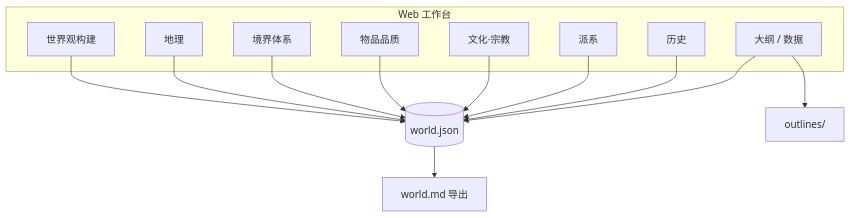
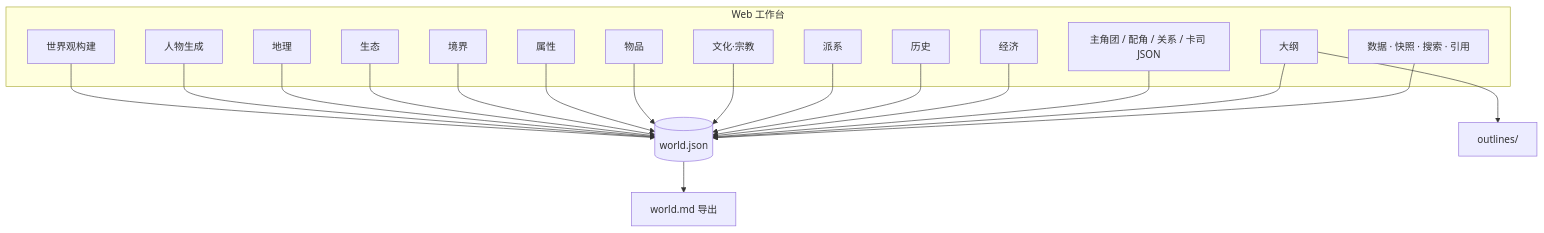
One commit to Lucas-Wang-THU/Magic_Creater_World changed the third of 4 diagrams in README.md. Above: the diagram before and after it, drawn with Mermaid. The commit also changed other lines of this file, not shown here.

````diff
--- a/README.md
+++ b/README.md
@@ -78,27 +117,39 @@
 ```mermaid
 flowchart TB
   subgraph UI["Web 工作台"]
     CHAT[世界观构建]
+    CHARCHAT[人物生成]
     GEO[地理]
-    POW[境界体系]
-    ITEM[物品品质]
+    ECO[生态]
+    POW[境界]
+    ATTR[属性]
+    ITEM[物品]
     CUL[文化·宗教]
     FAC[派系]
     HIS[历史]
-    OUT[大纲 / 数据]
+    ECON[经济]
+    CH1[主角团 / 配角 / 关系 / 卡司 JSON]
+    OUT[大纲]
+    DATA[数据 · 快照 · 搜索 · 引用]
   end
   JSON[(world.json)]
   MD[world.md 导出]
   OL[outlines/]
 
   CHAT --> JSON
+  CHARCHAT --> JSON
   GEO --> JSON
+  ECO --> JSON
   POW --> JSON
+  ATTR --> JSON
   ITEM --> JSON
   CUL --> JSON
   FAC --> JSON
   HIS --> JSON
+  ECON --> JSON
+  CH1 --> JSON
   JSON --> MD
   OUT --> OL
   OUT --> JSON
+  DATA --> JSON
 ```
````
